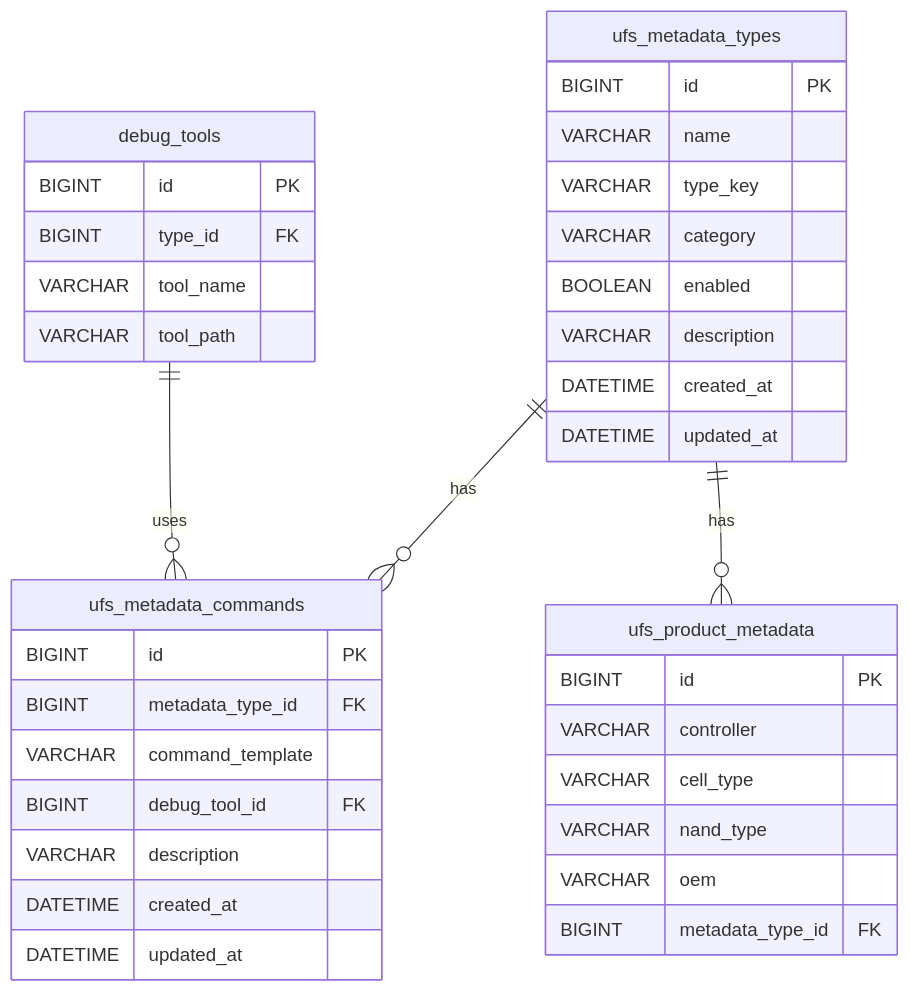
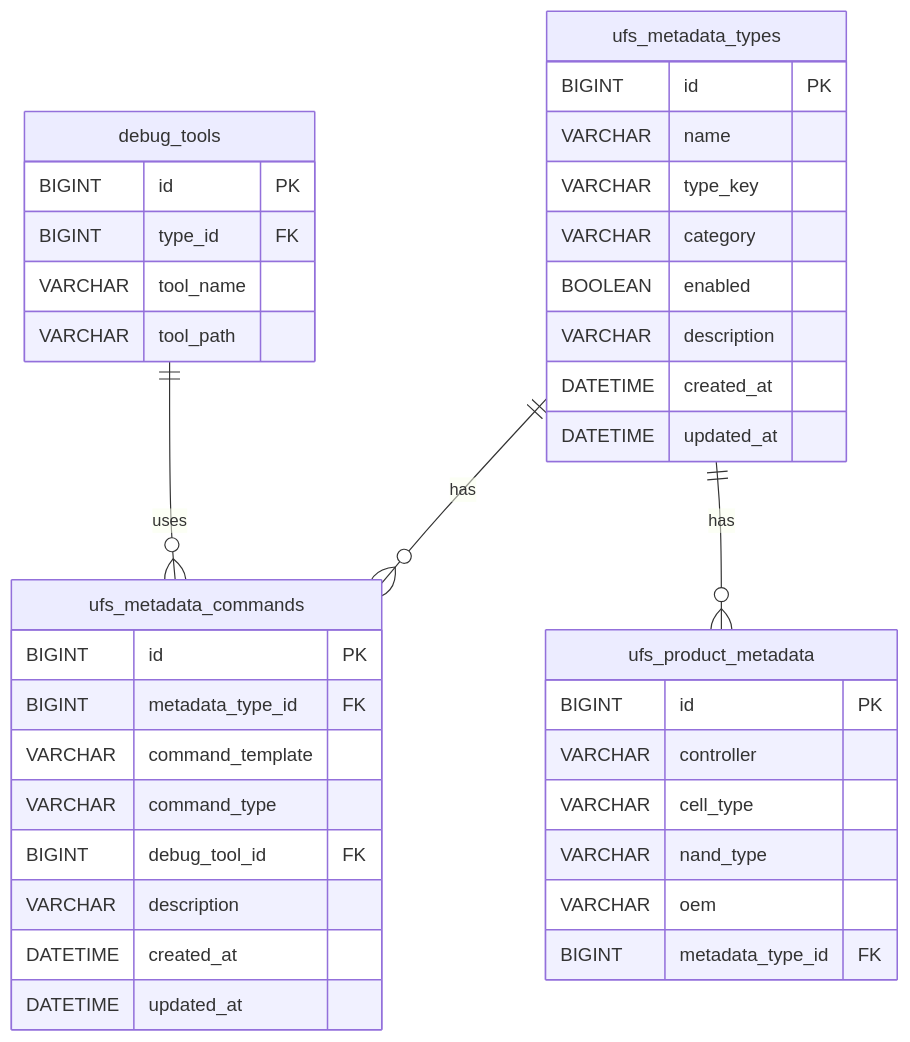
One commit to kakaromo/kakaromo.github.io changed the second of 3 diagrams in src/content/docs/architecture/ufs-metadata.md. Above: the diagram before and after it, drawn with Mermaid. The commit also changed other lines of this file, not shown here.

````diff
--- a/src/content/docs/architecture/ufs-metadata.md
+++ b/src/content/docs/architecture/ufs-metadata.md
@@ -51,43 +51,44 @@
 ```mermaid
 erDiagram
     ufs_metadata_types {
         BIGINT id PK
         VARCHAR name
         VARCHAR type_key
         VARCHAR category
         BOOLEAN enabled
         VARCHAR description
         DATETIME created_at
         DATETIME updated_at
     }
 
     debug_tools {
         BIGINT id PK
         BIGINT type_id FK
         VARCHAR tool_name
         VARCHAR tool_path
     }
 
     ufs_metadata_commands {
         BIGINT id PK
         BIGINT metadata_type_id FK
         VARCHAR command_template
+        VARCHAR command_type
         BIGINT debug_tool_id FK
         VARCHAR description
         DATETIME created_at
         DATETIME updated_at
     }
 
     ufs_product_metadata {
         BIGINT id PK
         VARCHAR controller
         VARCHAR cell_type
         VARCHAR nand_type
         VARCHAR oem
         BIGINT metadata_type_id FK
     }
 
     ufs_metadata_types ||--o{ ufs_metadata_commands : has
     ufs_metadata_types ||--o{ ufs_product_metadata : has
     debug_tools ||--o{ ufs_metadata_commands : uses
 ```
````
